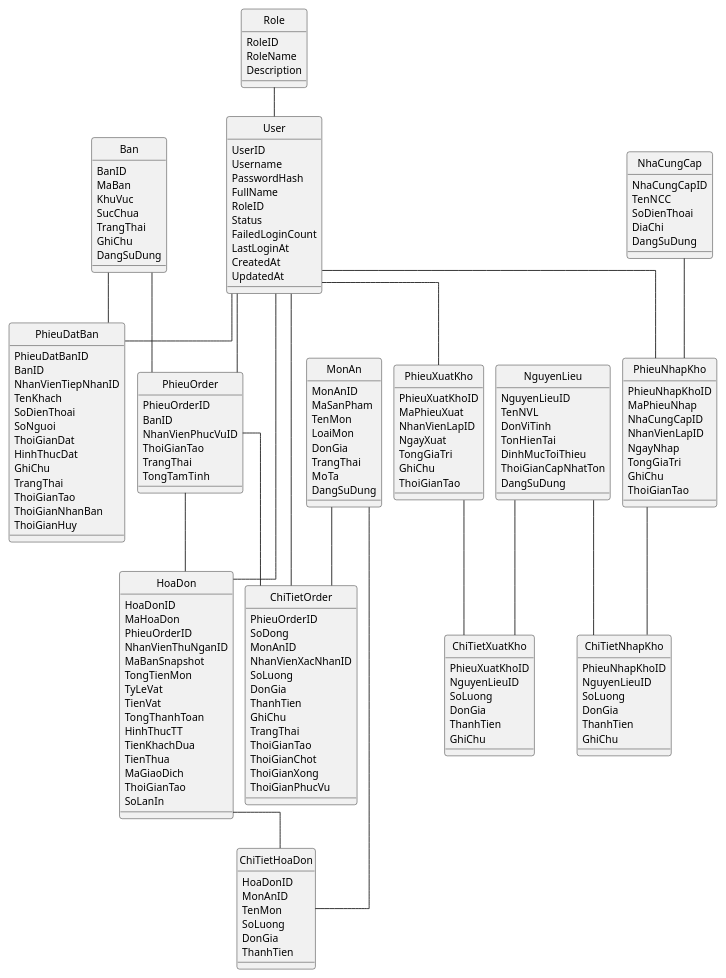
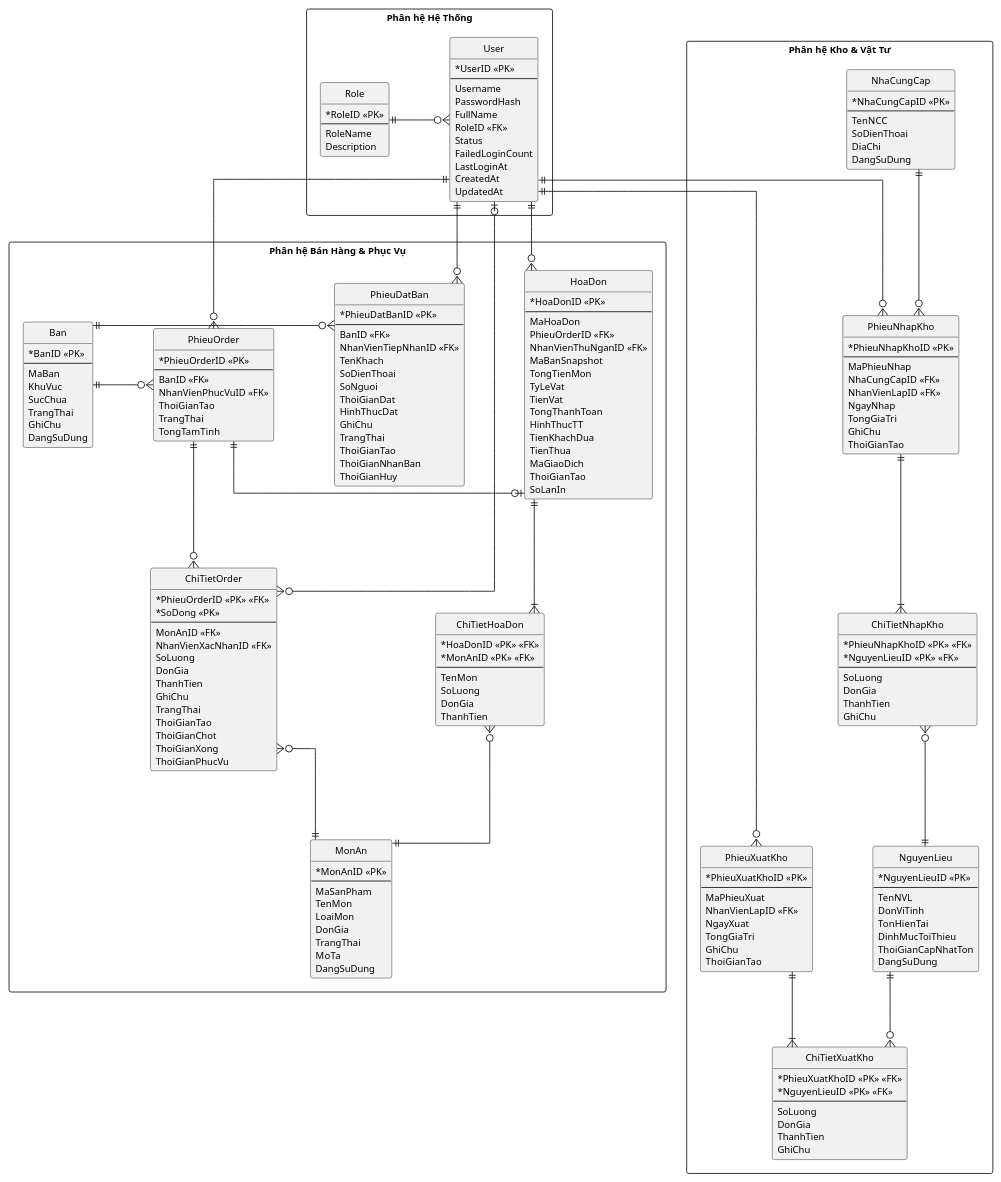
One commit to vpthinh19/cnpm changed the diagram in design/erd/erd.puml. Above: the diagram before and after it, drawn with PlantUML. The commit also changed 5 other files, not shown here.

```diff
--- a/design/erd/erd.puml
+++ b/design/erd/erd.puml
@@ -1,199 +1,241 @@
-@startuml ERD_QuanLyNhaHang
-' ERD toàn hệ thống — Hệ thống quản lý nhà hàng Bò Né Mỹ Cảnh (đồ án CNPM)
-' Chỉ thể hiện tên bảng + tên thuộc tính + đường kết nối giữa các bảng.
-' Quy ước: PK surrogate = <Bảng>ID (INT); mã nghiệp vụ = Ma...; ChiTiet* dùng PK ghép.
+@startuml
+' ERD toàn hệ thống — Hệ thống quản lý nhà hàng Bò Né Mỹ Cảnh
 hide circle
-skinparam linetype ortho
 skinparam shadowing false
 skinparam DefaultFontName "Segoe UI"
-skinparam DefaultFontSize 12
-skinparam nodesep 14
-skinparam ranksep 34
-skinparam roundCorner 6
+skinparam DefaultFontSize 11
+' Tăng thêm khoảng cách để nới lỏng không gian
+skinparam nodesep 70
+skinparam ranksep 80
+skinparam roundCorner 5
 skinparam classAttributeIconSize 0
-
-entity "Role" as Role {
-  RoleID
-  RoleName
-  Description
+skinparam linetype ortho 
+skinparam entity {
+  BackgroundColor #FFFFFF
+  BorderColor #5B6472
 }
 
-entity "User" as User {
-  UserID
-  Username
-  PasswordHash
-  FullName
-  RoleID
-  Status
-  FailedLoginCount
-  LastLoginAt
-  CreatedAt
-  UpdatedAt
+' ==========================================
+' MODULE HỆ THỐNG
+' ==========================================
+package "Phân hệ Hệ Thống" <<Rectangle>> {
+  entity "Role" as Role {
+    * RoleID <<PK>>
+    --
+    RoleName
+    Description
+  }
+
+  entity "User" as User {
+    * UserID <<PK>>
+    --
+    Username
+    PasswordHash
+    FullName
+    RoleID <<FK>>
+    Status
+    FailedLoginCount
+    LastLoginAt
+    CreatedAt
+    UpdatedAt
+  }
 }
 
-entity "Ban" as Ban {
-  BanID
-  MaBan
-  KhuVuc
-  SucChua
-  TrangThai
-  GhiChu
-  DangSuDung
+' ==========================================
+' MODULE BÁN HÀNG
+' ==========================================
+package "Phân hệ Bán Hàng & Phục Vụ" <<Rectangle>> {
+  entity "Ban" as Ban {
+    * BanID <<PK>>
+    --
+    MaBan
+    KhuVuc
+    SucChua
+    TrangThai
+    GhiChu
+    DangSuDung
+  }
+
+  entity "PhieuDatBan" as PhieuDatBan {
+    * PhieuDatBanID <<PK>>
+    --
+    BanID <<FK>>
+    NhanVienTiepNhanID <<FK>>
+    TenKhach
+    SoDienThoai
+    SoNguoi
+    ThoiGianDat
+    HinhThucDat
+    GhiChu
+    TrangThai
+    ThoiGianTao
+    ThoiGianNhanBan
+    ThoiGianHuy
+  }
+
+  entity "PhieuOrder" as PhieuOrder {
+    * PhieuOrderID <<PK>>
+    --
+    BanID <<FK>>
+    NhanVienPhucVuID <<FK>>
+    ThoiGianTao
+    TrangThai
+    TongTamTinh
+  }
+
+  entity "ChiTietOrder" as ChiTietOrder {
+    * PhieuOrderID <<PK>> <<FK>>
+    * SoDong <<PK>>
+    --
+    MonAnID <<FK>>
+    NhanVienXacNhanID <<FK>>
+    SoLuong
+    DonGia
+    ThanhTien
+    GhiChu
+    TrangThai
+    ThoiGianTao
+    ThoiGianChot
+    ThoiGianXong
+    ThoiGianPhucVu
+  }
+
+  entity "HoaDon" as HoaDon {
+    * HoaDonID <<PK>>
+    --
+    MaHoaDon
+    PhieuOrderID <<FK>>
+    NhanVienThuNganID <<FK>>
+    MaBanSnapshot
+    TongTienMon
+    TyLeVat
+    TienVat
+    TongThanhToan
+    HinhThucTT
+    TienKhachDua
+    TienThua
+    MaGiaoDich
+    ThoiGianTao
+    SoLanIn
+  }
+
+  entity "ChiTietHoaDon" as ChiTietHoaDon {
+    * HoaDonID <<PK>> <<FK>>
+    * MonAnID <<PK>> <<FK>>
+    --
+    TenMon
+    SoLuong
+    DonGia
+    ThanhTien
+  }
+
+  entity "MonAn" as MonAn {
+    * MonAnID <<PK>>
+    --
+    MaSanPham
+    TenMon
+    LoaiMon
+    DonGia
+    TrangThai
+    MoTa
+    DangSuDung
+  }
 }
 
-entity "MonAn" as MonAn {
-  MonAnID
-  MaSanPham
-  TenMon
-  LoaiMon
-  DonGia
-  TrangThai
-  MoTa
-  DangSuDung
+' ==========================================
+' MODULE KHO
+' ==========================================
+package "Phân hệ Kho & Vật Tư" <<Rectangle>> {
+  entity "NhaCungCap" as NhaCungCap {
+    * NhaCungCapID <<PK>>
+    --
+    TenNCC
+    SoDienThoai
+    DiaChi
+    DangSuDung
+  }
+
+  entity "NguyenLieu" as NguyenLieu {
+    * NguyenLieuID <<PK>>
+    --
+    TenNVL
+    DonViTinh
+    TonHienTai
+    DinhMucToiThieu
+    ThoiGianCapNhatTon
+    DangSuDung
+  }
+
+  entity "PhieuNhapKho" as PhieuNhapKho {
+    * PhieuNhapKhoID <<PK>>
+    --
+    MaPhieuNhap
+    NhaCungCapID <<FK>>
+    NhanVienLapID <<FK>>
+    NgayNhap
+    TongGiaTri
+    GhiChu
+    ThoiGianTao
+  }
+
+  entity "ChiTietNhapKho" as ChiTietNhapKho {
+    * PhieuNhapKhoID <<PK>> <<FK>>
+    * NguyenLieuID <<PK>> <<FK>>
+    --
+    SoLuong
+    DonGia
+    ThanhTien
+    GhiChu
+  }
+
+  entity "PhieuXuatKho" as PhieuXuatKho {
+    * PhieuXuatKhoID <<PK>>
+    --
+    MaPhieuXuat
+    NhanVienLapID <<FK>>
+    NgayXuat
+    TongGiaTri
+    GhiChu
+    ThoiGianTao
+  }
+
+  entity "ChiTietXuatKho" as ChiTietXuatKho {
+    * PhieuXuatKhoID <<PK>> <<FK>>
+    * NguyenLieuID <<PK>> <<FK>>
+    --
+    SoLuong
+    DonGia
+    ThanhTien
+    GhiChu
+  }
 }
 
-entity "PhieuDatBan" as PhieuDatBan {
-  PhieuDatBanID
-  BanID
-  NhanVienTiepNhanID
-  TenKhach
-  SoDienThoai
-  SoNguoi
-  ThoiGianDat
-  HinhThucDat
-  GhiChu
-  TrangThai
-  ThoiGianTao
-  ThoiGianNhanBan
-  ThoiGianHuy
-}
+' ==========================================
+' KẾT NỐI (Đã gỡ bỏ nhãn chữ để tránh đè tuyến)
+' ==========================================
 
-entity "PhieuOrder" as PhieuOrder {
-  PhieuOrderID
-  BanID
-  NhanVienPhucVuID
-  ThoiGianTao
-  TrangThai
-  TongTamTinh
-}
+Role          ||-right-o{ User
 
-entity "ChiTietOrder" as ChiTietOrder {
-  PhieuOrderID
-  SoDong
-  MonAnID
-  NhanVienXacNhanID
-  SoLuong
-  DonGia
-  ThanhTien
-  GhiChu
-  TrangThai
-  ThoiGianTao
-  ThoiGianChot
-  ThoiGianXong
-  ThoiGianPhucVu
-}
+User          ||-down-o{ PhieuDatBan
+User          ||-down-o{ PhieuOrder
+User          |o-down-o{ ChiTietOrder
+User          ||-down-o{ HoaDon
+User          ||-down-o{ PhieuNhapKho
+User          ||-down-o{ PhieuXuatKho
 
-entity "HoaDon" as HoaDon {
-  HoaDonID
-  MaHoaDon
-  PhieuOrderID
-  NhanVienThuNganID
-  MaBanSnapshot
-  TongTienMon
-  TyLeVat
-  TienVat
-  TongThanhToan
-  HinhThucTT
-  TienKhachDua
-  TienThua
-  MaGiaoDich
-  ThoiGianTao
-  SoLanIn
-}
+Ban           ||-right-o{ PhieuDatBan
+Ban           ||-right-o{ PhieuOrder
+PhieuOrder    ||-right-o| HoaDon
+PhieuOrder    ||-down-o{ ChiTietOrder
+HoaDon        ||-down-|{ ChiTietHoaDon
+ChiTietOrder  }o-down-|| MonAn
+ChiTietHoaDon }o-down-|| MonAn
 
-entity "ChiTietHoaDon" as ChiTietHoaDon {
-  HoaDonID
-  MonAnID
-  TenMon
-  SoLuong
-  DonGia
-  ThanhTien
-}
+NhaCungCap    ||-down-o{ PhieuNhapKho
+PhieuNhapKho  ||-down-|{ ChiTietNhapKho
+ChiTietNhapKho }o-down-|| NguyenLieu
 
-entity "NhaCungCap" as NhaCungCap {
-  NhaCungCapID
-  TenNCC
-  SoDienThoai
-  DiaChi
-  DangSuDung
-}
+PhieuXuatKho  ||-down-|{ ChiTietXuatKho
+ChiTietXuatKho }o-up-|| NguyenLieu
 
-entity "NguyenLieu" as NguyenLieu {
-  NguyenLieuID
-  TenNVL
-  DonViTinh
-  TonHienTai
-  DinhMucToiThieu
-  ThoiGianCapNhatTon
-  DangSuDung
-}
-
-entity "PhieuNhapKho" as PhieuNhapKho {
-  PhieuNhapKhoID
-  MaPhieuNhap
-  NhaCungCapID
-  NhanVienLapID
-  NgayNhap
-  TongGiaTri
-  GhiChu
-  ThoiGianTao
-}
-
-entity "ChiTietNhapKho" as ChiTietNhapKho {
-  PhieuNhapKhoID
-  NguyenLieuID
-  SoLuong
-  DonGia
-  ThanhTien
-  GhiChu
-}
-
-entity "PhieuXuatKho" as PhieuXuatKho {
-  PhieuXuatKhoID
-  MaPhieuXuat
-  NhanVienLapID
-  NgayXuat
-  TongGiaTri
-  GhiChu
-  ThoiGianTao
-}
-
-entity "ChiTietXuatKho" as ChiTietXuatKho {
-  PhieuXuatKhoID
-  NguyenLieuID
-  SoLuong
-  DonGia
-  ThanhTien
-  GhiChu
-}
-
-Role          -- User
-User          -- PhieuDatBan
-User          -- PhieuOrder
-User          -- ChiTietOrder
-User          -- HoaDon
-User          -- PhieuNhapKho
-User          -- PhieuXuatKho
-Ban           -- PhieuDatBan
-Ban           -- PhieuOrder
-MonAn         -- ChiTietOrder
-MonAn         -- ChiTietHoaDon
-PhieuOrder    -- ChiTietOrder
-PhieuOrder    -- HoaDon
-HoaDon        -- ChiTietHoaDon
-NhaCungCap    -- PhieuNhapKho
-PhieuNhapKho  -- ChiTietNhapKho
-NguyenLieu    -- ChiTietNhapKho
-PhieuXuatKho  -- ChiTietXuatKho
-NguyenLieu    -- ChiTietXuatKho
 @enduml
```
